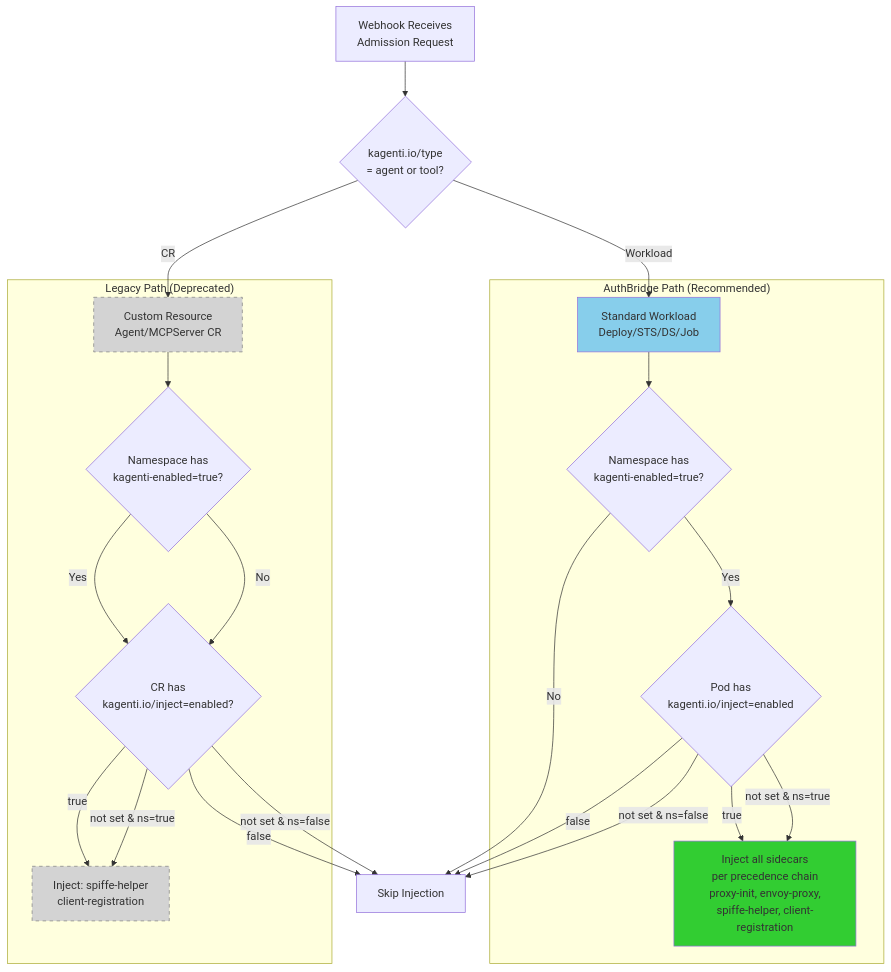
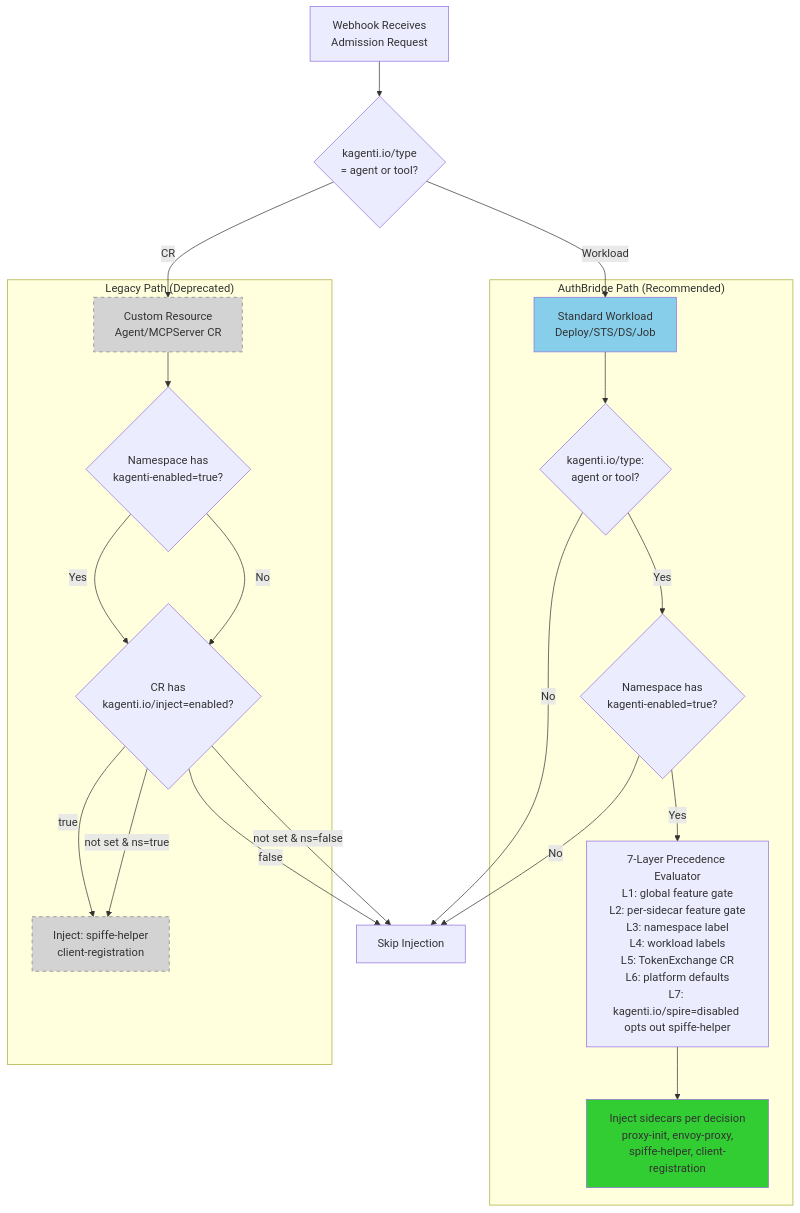
The fourth of 4 diagrams in kagenti-webhook/ARCHITECTURE.md (cwiklik/kagenti-extensions), drawn with Mermaid before and after one commit. The commit also changed other lines of this file and 10 other files, not shown here.

````diff
--- a/kagenti-webhook/ARCHITECTURE.md
+++ b/kagenti-webhook/ARCHITECTURE.md
@@ -128,47 +128,47 @@
 ```mermaid
 graph TD
     START[Webhook Receives<br/>Admission Request]
 
     CHECK_TYPE{kagenti.io/type<br/>= agent or tool?}
 
     subgraph "AuthBridge Path (Recommended)"
         WORKLOAD[Standard Workload<br/>Deploy/STS/DS/Job]
+        CHECK_KAGENTI_TYPE{kagenti.io/type:<br/>agent or tool?}
         CHECK_NS_AB{Namespace has<br/>kagenti-enabled=true?}
-        CHECK_LABEL{Pod has<br/>kagenti.io/inject=enabled}
-        INJECT_FULL[Inject all sidecars<br/>per precedence chain<br/>proxy-init, envoy-proxy,<br/>spiffe-helper, client-registration]
+        PRECEDENCE[7-Layer Precedence Evaluator<br/>L1: global feature gate<br/>L2: per-sidecar feature gate<br/>L3: namespace label<br/>L4: workload labels<br/>L5: TokenExchange CR<br/>L6: platform defaults<br/>L7: kagenti.io/spire=disabled opts out spiffe-helper]
+        INJECT_FULL[Inject sidecars per decision<br/>proxy-init, envoy-proxy,<br/>spiffe-helper, client-registration]
     end
 
     subgraph "Legacy Path (Deprecated)"
         CUSTOM[Custom Resource<br/>Agent/MCPServer CR]
         CHECK_NS_LEG{Namespace has<br/>kagenti-enabled=true?}
         CHECK_ANNO{CR has<br/>kagenti.io/inject=enabled?}
         INJECT_SPIRE[Inject: spiffe-helper<br/>client-registration]
     end
 
     SKIP[Skip Injection]
 
     START --> CHECK_TYPE
     CHECK_TYPE -->|Workload| WORKLOAD
     CHECK_TYPE -->|CR| CUSTOM
 
-    WORKLOAD --> CHECK_NS_AB
-    CHECK_NS_AB -->|Yes| CHECK_LABEL
+    WORKLOAD --> CHECK_KAGENTI_TYPE
+    CHECK_KAGENTI_TYPE -->|Yes| CHECK_NS_AB
+    CHECK_KAGENTI_TYPE -->|No| SKIP
+    CHECK_NS_AB -->|Yes| PRECEDENCE
     CHECK_NS_AB -->|No| SKIP
-    CHECK_LABEL -->|true| INJECT_FULL
-    CHECK_LABEL -->|false| SKIP
-    CHECK_LABEL -->|not set & ns=true| INJECT_FULL
-    CHECK_LABEL -->|not set & ns=false| SKIP
+    PRECEDENCE --> INJECT_FULL
 
     CUSTOM --> CHECK_NS_LEG
     CHECK_NS_LEG -->|Yes| CHECK_ANNO
     CHECK_NS_LEG -->|No| CHECK_ANNO
     CHECK_ANNO -->|true| INJECT_SPIRE
     CHECK_ANNO -->|false| SKIP
     CHECK_ANNO -->|not set & ns=true| INJECT_SPIRE
     CHECK_ANNO -->|not set & ns=false| SKIP
 
     style INJECT_FULL fill:#32CD32
     style INJECT_SPIRE fill:#D3D3D3,stroke:#808080,stroke-dasharray: 5 5
     style WORKLOAD fill:#87CEEB
     style CUSTOM fill:#D3D3D3,stroke:#808080,stroke-dasharray: 5 5
 ```
````
